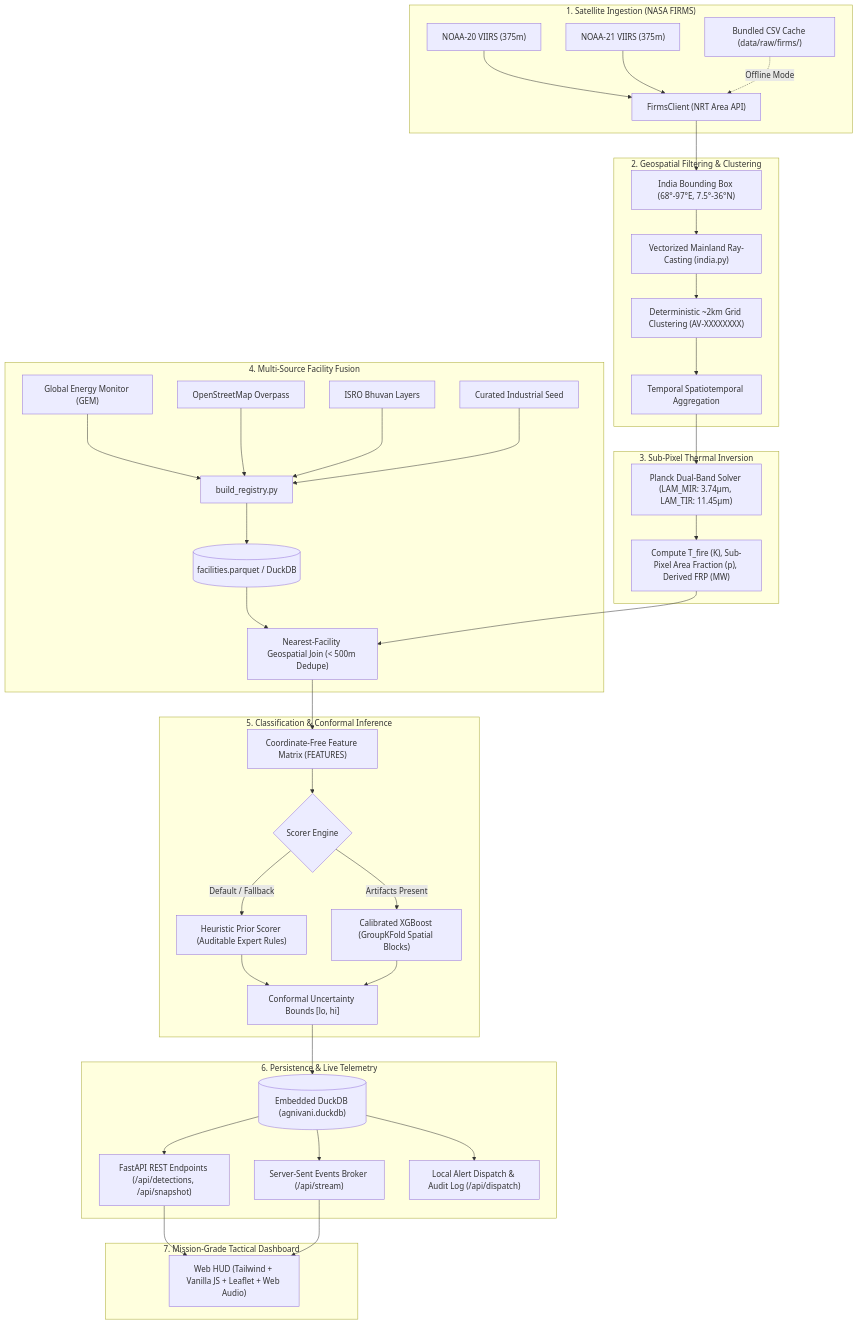
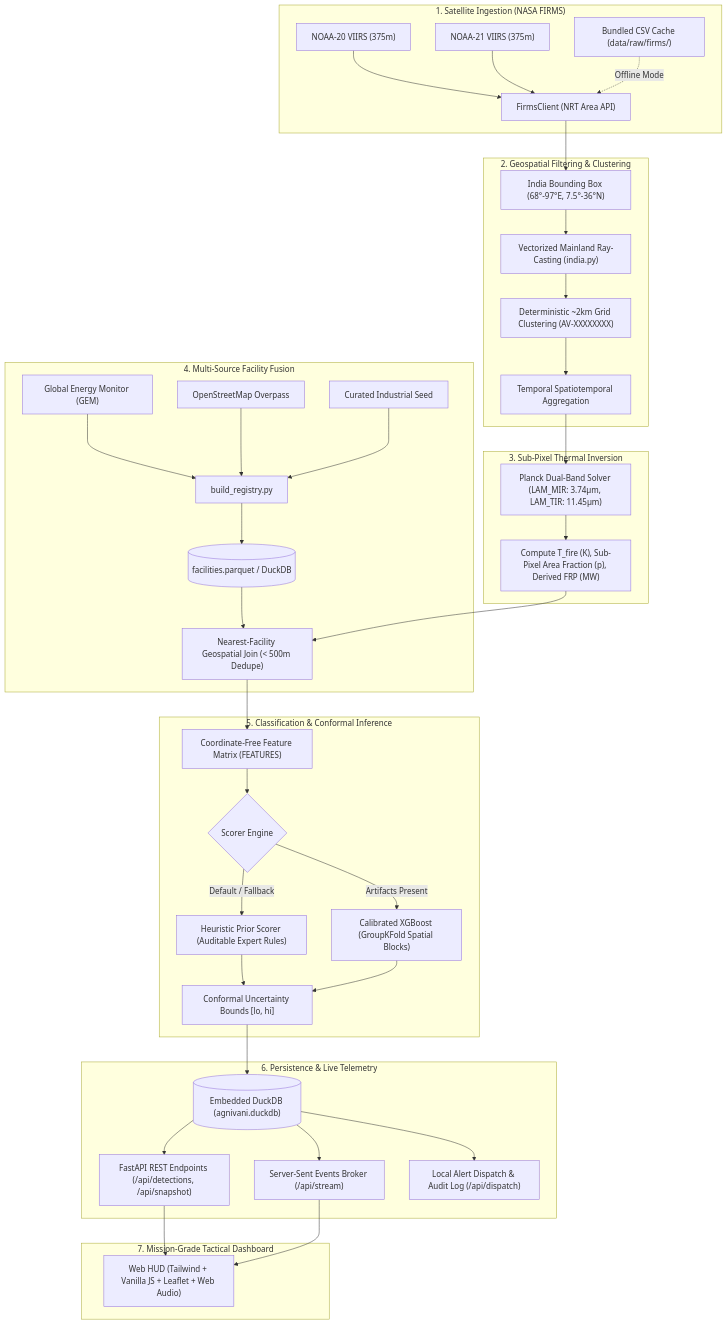
The first of 2 diagrams in README.md (developer-jenil/SIH26162), drawn with Mermaid before and after one commit. The commit also changed other lines of this file and 22 other files, not shown here.

````diff
--- a/README.md
+++ b/README.md
@@ -61,51 +61,50 @@
 ```mermaid
 flowchart TD
     subgraph SATELLITE_ORBIT ["1. Satellite Ingestion (NASA FIRMS)"]
         S1["NOAA-20 VIIRS (375m)"] --> INGEST["FirmsClient (NRT Area API)"]
         S2["NOAA-21 VIIRS (375m)"] --> INGEST
         OFFLINE["Bundled CSV Cache (data/raw/firms/)"] -.->|Offline Mode| INGEST
     end
 
     subgraph GEO_FILTER ["2. Geospatial Filtering & Clustering"]
         INGEST --> BBOX["India Bounding Box (68°-97°E, 7.5°-36°N)"]
         BBOX --> POLY["Vectorized Mainland Ray-Casting (india.py)"]
         POLY --> CLUSTER["Deterministic ~2km Grid Clustering (AV-XXXXXXXX)"]
         CLUSTER --> METRICS["Temporal Spatiotemporal Aggregation"]
     end
 
     subgraph PHYSICS ["3. Sub-Pixel Thermal Inversion"]
         METRICS --> DOZIER["Planck Dual-Band Solver (LAM_MIR: 3.74μm, LAM_TIR: 11.45μm)"]
         DOZIER --> RETRIEVAL["Compute T_fire (K), Sub-Pixel Area Fraction (p), Derived FRP (MW)"]
     end
 
     subgraph REGISTRY ["4. Multi-Source Facility Fusion"]
         GEM["Global Energy Monitor (GEM)"] --> REG_BUILD["build_registry.py"]
         OSM["OpenStreetMap Overpass"] --> REG_BUILD
-        BHUVAN["ISRO Bhuvan Layers"] --> REG_BUILD
         MANUAL["Curated Industrial Seed"] --> REG_BUILD
         REG_BUILD --> FAC_DB[("facilities.parquet / DuckDB")]
         FAC_DB --> SPATIAL_JOIN["Nearest-Facility Geospatial Join (< 500m Dedupe)"]
         RETRIEVAL --> SPATIAL_JOIN
     end
 
     subgraph ML_SCORING ["5. Classification & Conformal Inference"]
         SPATIAL_JOIN --> FEAT["Coordinate-Free Feature Matrix (FEATURES)"]
         FEAT --> SCORER{"Scorer Engine"}
         SCORER -->|Default / Fallback| HEURISTIC["Heuristic Prior Scorer (Auditable Expert Rules)"]
         SCORER -->|Artifacts Present| XGB["Calibrated XGBoost (GroupKFold Spatial Blocks)"]
         HEURISTIC --> CONFORMAL["Conformal Uncertainty Bounds [lo, hi]"]
         XGB --> CONFORMAL
     end
 
     subgraph PERSISTENCE_STREAM ["6. Persistence & Live Telemetry"]
         CONFORMAL --> DUCK[("Embedded DuckDB (agnivani.duckdb)")]
         DUCK --> REST["FastAPI REST Endpoints (/api/detections, /api/snapshot)"]
         DUCK --> SSE["Server-Sent Events Broker (/api/stream)"]
         DUCK --> DISPATCH["Local Alert Dispatch & Audit Log (/api/dispatch)"]
     end
 
     subgraph UI_CLIENT ["7. Mission-Grade Tactical Dashboard"]
         REST --> UI["Web HUD (Tailwind + Vanilla JS + Leaflet + Web Audio)"]
         SSE --> UI
     end
 ```
````
